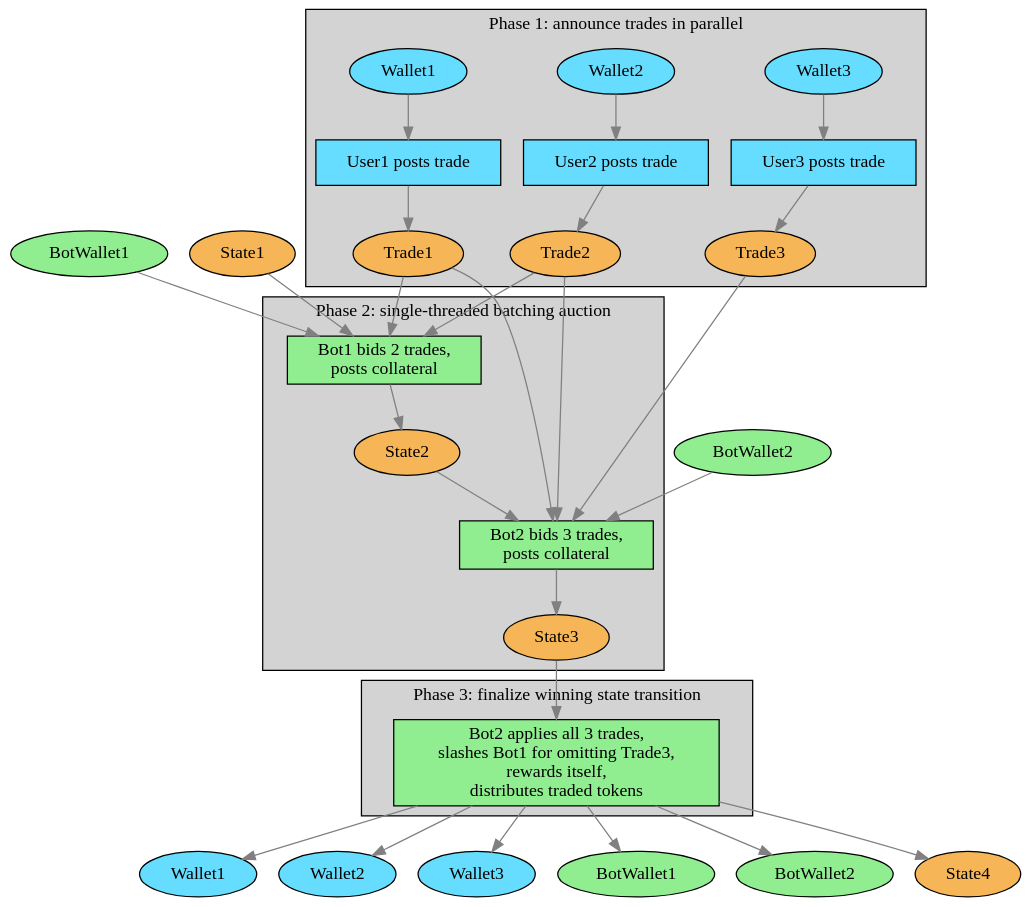
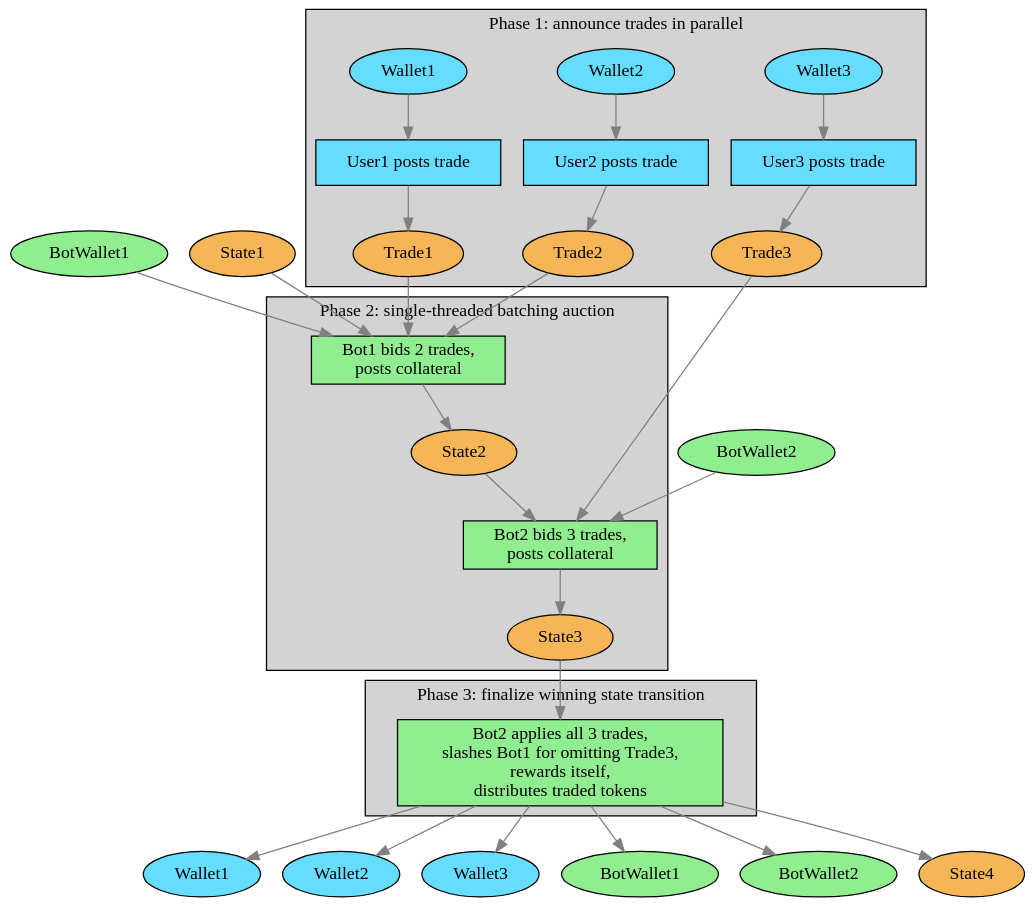
The diagram in src/posts/2021/09/10/simple-cardano-batching-bots/batching-protocol.dot (jefdaj/cryptoisland), drawn with Graphviz before and after one commit. The commit also changed 2 other files, not shown here.

```diff
--- a/src/posts/2021/09/10/simple-cardano-batching-bots/batching-protocol.dot
+++ b/src/posts/2021/09/10/simple-cardano-batching-bots/batching-protocol.dot
@@ -1,76 +1,74 @@
 digraph protocol {
   rankdir=TB
   bgcolor=transparent
   node [style=filled, fillcolor=white]
   edge [color=grey]
 
   // nodes outside the protocol
   Wallet2 [fillcolor="#66ddff"]
   Wallet1 [fillcolor="#66ddff"]
   Wallet3 [fillcolor="#66ddff"]
   BotWallet1 [fillcolor=lightgreen]
   BotWallet2 [fillcolor=lightgreen]
   Wallet1p [label="Wallet1", fillcolor="#66ddff"]
   Wallet2p [label="Wallet2", fillcolor="#66ddff"]
   Wallet3p [label="Wallet3", fillcolor="#66ddff"]
   BotWallet1p [label="BotWallet1", fillcolor=lightgreen]
   BotWallet2p [label="BotWallet2", fillcolor=lightgreen]
   State4 [fillcolor="#F6B657"]
   State1 [fillcolor="#F6B657"]
 
   subgraph cluster_phase1 {
     bgcolor=lightgrey
     label="Phase 1: announce trades in parallel"
     node [shape=rect, fillcolor="#66ddff"]
     UserWallet1 [label="User1 posts trade"]
     UserWallet3 [label="User3 posts trade"]
     UserWallet2 [label="User2 posts trade"]
     node [shape=oval]
     Trade1 [fillcolor="#F6B657"]
     Trade2 [fillcolor="#F6B657"]
     Trade3 [fillcolor="#F6B657"]
 
     node [shape=oval, fillcolor=white]
     Wallet3 -> UserWallet3 -> Trade3
     Wallet1 -> UserWallet1 -> Trade1
     Wallet2 -> UserWallet2 -> Trade2
   }
   
   subgraph cluster_phase2 {
     bgcolor=lightgrey
     label="Phase 2: single-threaded batching auction"
     Batch1 [label="Bot1 bids 2 trades,\nposts collateral", shape=rect, fillcolor=lightgreen]
     Batch2 [label="Bot2 bids 3 trades,\nposts collateral", shape=rect, fillcolor=lightgreen]
     State2 [fillcolor="#F6B657"]
     State3 [fillcolor="#F6B657"]
   }
 
   subgraph cluster_phase3 {
     bgcolor=lightgrey
     label="Phase 3: finalize winning state transition"
     Finalize [shape=rect, fillcolor=lightgreen, label="Bot2 applies all 3 trades,\nslashes Bot1 for omitting Trade3,\nrewards itself,\ndistributes traded tokens"]
   }
 
   State2
   State3
 
   BotWallet1 -> Batch1
   Trade1 -> Batch1
   Trade2 -> Batch1
   State1 -> Batch1 -> State2
   
   BotWallet2 -> Batch2
-  Trade1 -> Batch2
-  Trade2 -> Batch2
   Trade3 -> Batch2
   
   State2 -> Batch2 -> State3
 
   State3 -> Finalize
   Finalize -> Wallet1p
   Finalize -> Wallet2p
   Finalize -> Wallet3p
   Finalize -> BotWallet1p
   Finalize -> BotWallet2p
   Finalize -> State4
 }
```
